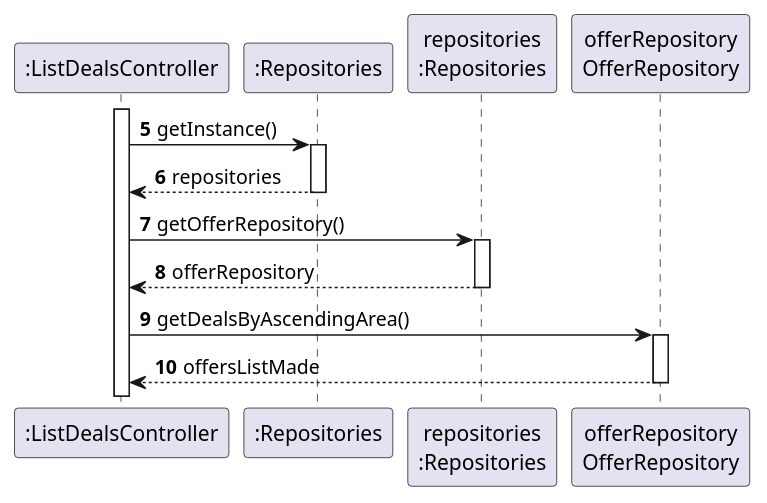
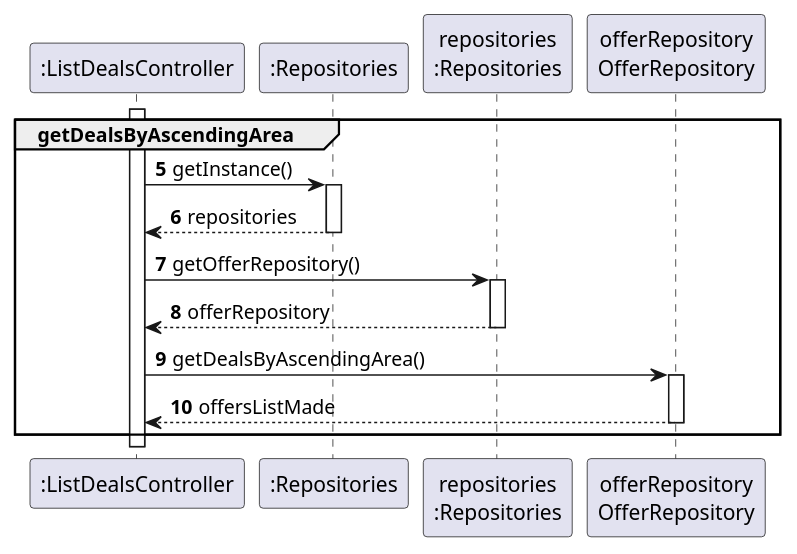
The diagram in docs/sprintD/US017/03.design/puml/us17-sequence-diagram-partial-getDealsByAscendingArea.puml (PureNimble/ISEP-LAPR2), drawn with PlantUML before and after one commit. The commit also changed 8 other files, not shown here.

Commit message:
US17-adding the method on Offer Repository to get the deals by most recent changing the names of the partial diagrams

```diff
--- a/docs/sprintD/US017/03.design/puml/us17-sequence-diagram-partial-getDealsByAscendingArea.puml
+++ b/docs/sprintD/US017/03.design/puml/us17-sequence-diagram-partial-getDealsByAscendingArea.puml
@@ -1,30 +1,33 @@
 @startuml
 
 participant ":ListDealsController" as ListDealsController
 participant ":Repositories" as RepositorySingleton
 participant "repositories\n:Repositories" as PLAT
 participant "offerRepository\nOfferRepository" as OfferRepository
 
 autonumber 5
+
+Group getDealsByAscendingArea
 
 activate ListDealsController
 
                 ListDealsController -> RepositorySingleton : getInstance()
                 activate RepositorySingleton
 
                     RepositorySingleton --> ListDealsController: repositories
                 deactivate RepositorySingleton
 
                 ListDealsController -> PLAT : getOfferRepository()
                 activate PLAT
 
                     PLAT --> ListDealsController: offerRepository
                 deactivate PLAT
 
                 ListDealsController -> OfferRepository : getDealsByAscendingArea()
                 activate OfferRepository
 
                     OfferRepository --> ListDealsController : offersListMade
                 deactivate OfferRepository
 
+end
 @enduml
```
